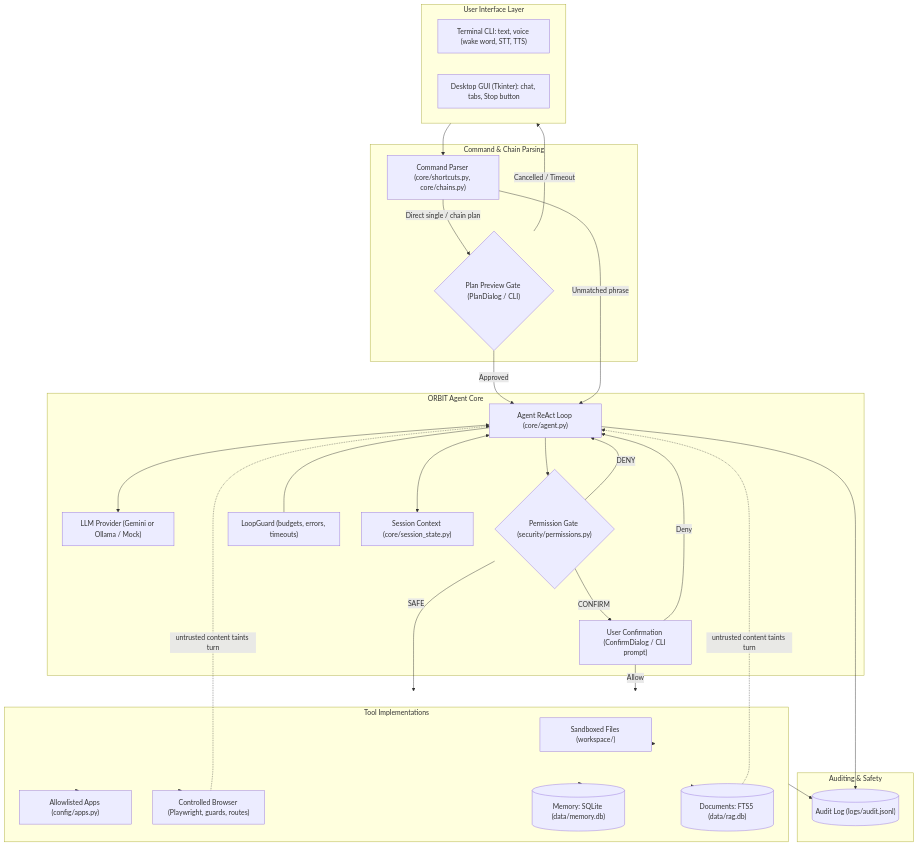
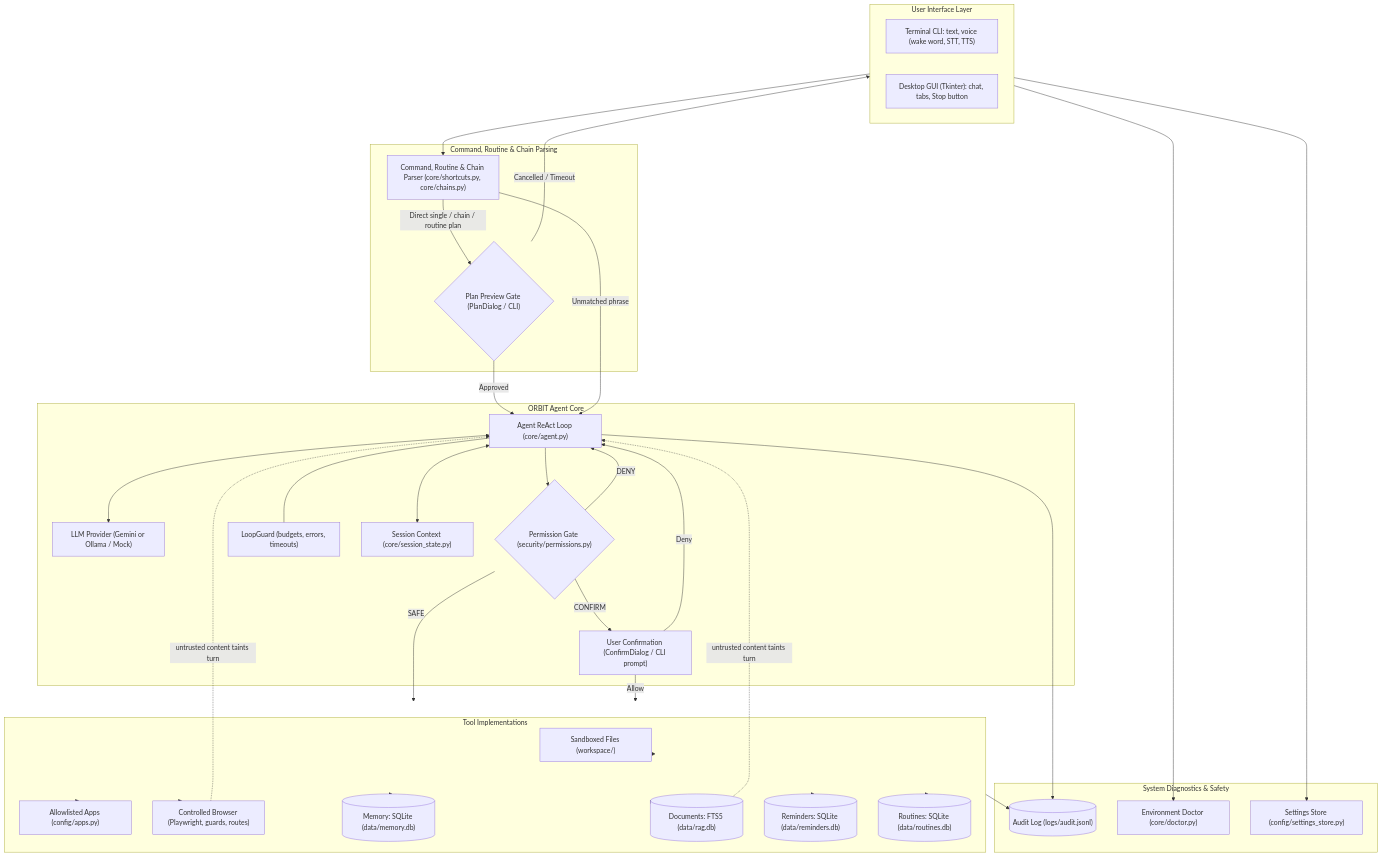
One commit to karthik1234456/orbit changed the diagram in README.md. Above: the diagram before and after it, drawn with Mermaid. The commit also changed other lines of this file and 61 other files, not shown here.

````diff
--- a/README.md
+++ b/README.md
@@ -123,60 +198,68 @@
 ```mermaid
 flowchart TB
   subgraph Inputs ["User Interface Layer"]
     CLI["Terminal CLI: text, voice (wake word, STT, TTS)"]
     GUI["Desktop GUI (Tkinter): chat, tabs, Stop button"]
   end
 
-  subgraph Parsing ["Command & Chain Parsing"]
-    CP["Command Parser (core/shortcuts.py, core/chains.py)"]
+  subgraph Parsing ["Command, Routine & Chain Parsing"]
+    CP["Command, Routine & Chain Parser (core/shortcuts.py, core/chains.py)"]
     PP{"Plan Preview Gate (PlanDialog / CLI)"}
   end
 
   subgraph Engine ["ORBIT Agent Core"]
     AL["Agent ReAct Loop (core/agent.py)"]
     LLM["LLM Provider (Gemini or Ollama / Mock)"]
     PG{"Permission Gate (security/permissions.py)"}
     CD["User Confirmation (ConfirmDialog / CLI prompt)"]
     LG["LoopGuard (budgets, errors, timeouts)"]
     SC["Session Context (core/session_state.py)"]
     AL <--> LLM
     AL --- LG
     AL <--> SC
   end
 
   subgraph ToolsSub ["Tool Implementations"]
     TF["Sandboxed Files (workspace/)"]
     TA["Allowlisted Apps (config/apps.py)"]
     TB["Controlled Browser (Playwright, guards, routes)"]
     TM[("Memory: SQLite (data/memory.db)")]
     TR[("Documents: FTS5 (data/rag.db)")]
+    TREM[("Reminders: SQLite (data/reminders.db)")]
+    TROU[("Routines: SQLite (data/routines.db)")]
   end
 
-  subgraph AuditSub ["Auditing & Safety"]
+  subgraph ConfigAudit ["System Diagnostics & Safety"]
     AU[("Audit Log (logs/audit.jsonl)")]
+    DOC["Environment Doctor (core/doctor.py)"]
+    SET["Settings Store (config/settings_store.py)"]
   end
 
   Inputs --> CP
-  CP -->|"Direct single / chain plan"| PP
+  CP -->|"Direct single / chain / routine plan"| PP
   PP -->|"Approved"| AL
   PP -->|"Cancelled / Timeout"| Inputs
   CP -->|"Unmatched phrase"| AL
 
   AL --> PG
   PG -->|"SAFE"| ToolsSub
   PG -->|"CONFIRM"| CD
   CD -->|"Allow"| ToolsSub
   CD -->|"Deny"| AL
   PG -->|"DENY"| AL
 
   ToolsSub --> TF
   ToolsSub --> TA
   ToolsSub --> TB
   ToolsSub --> TM
   ToolsSub --> TR
+  ToolsSub --> TREM
+  ToolsSub --> TROU
 
   TR -. "untrusted content taints turn" .-> AL
   TB -. "untrusted content taints turn" .-> AL
   AL --> AU
   ToolsSub --> AU
+  Inputs --> DOC
+  Inputs --> SET
 ```
````
